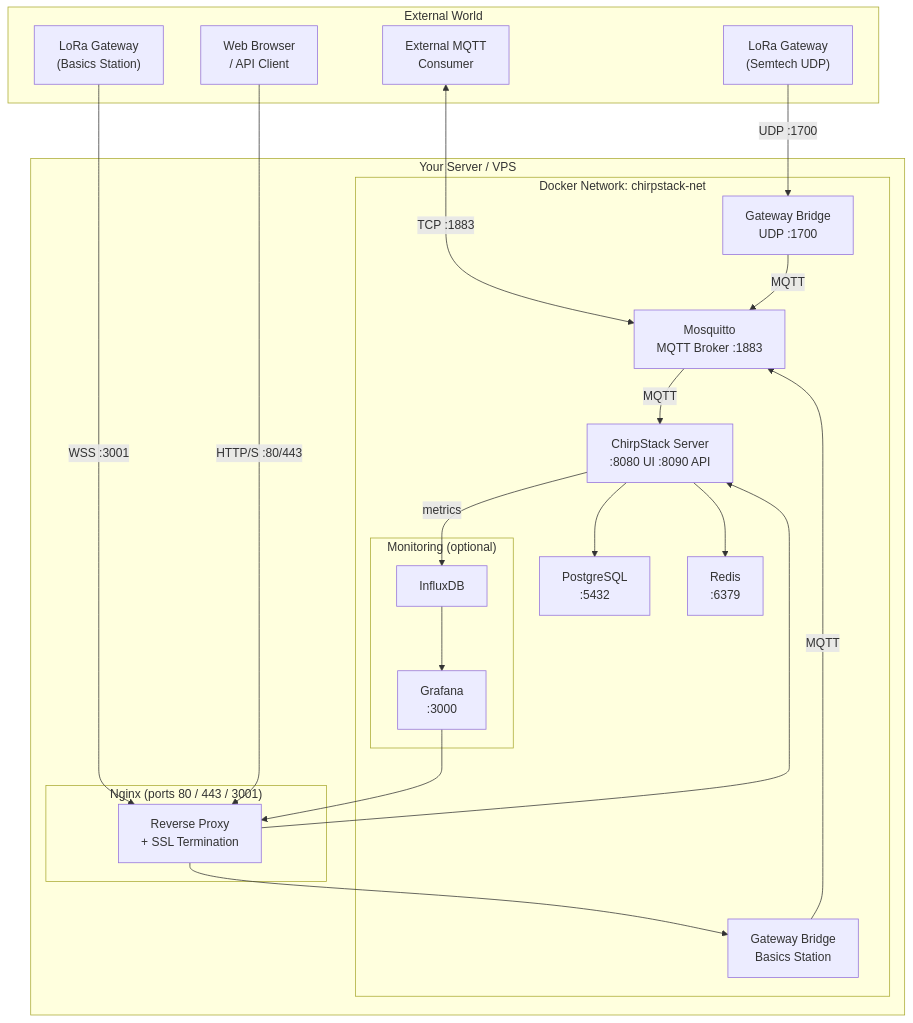
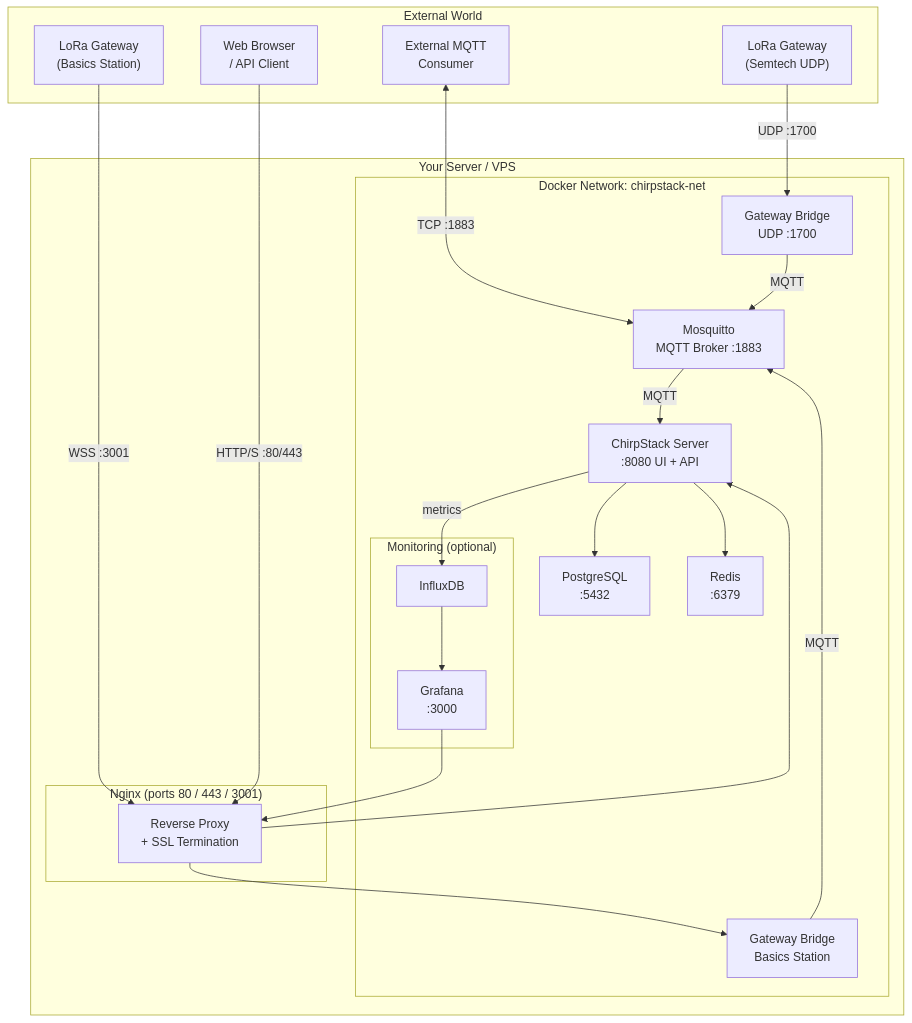
The first of 5 diagrams in README.md (MachineSaver/chirpstack-deploy), drawn with Mermaid before and after one commit. The commit also changed other lines of this file, not shown here.

````diff
--- a/README.md
+++ b/README.md
@@ -39,44 +39,44 @@
 ```mermaid
 graph TB
     subgraph EXTERNAL["External World"]
         GW_UDP["LoRa Gateway\n(Semtech UDP)"]
         GW_BS["LoRa Gateway\n(Basics Station)"]
         BROWSER["Web Browser\n/ API Client"]
         EXT_MQTT["External MQTT\nConsumer"]
     end
 
     subgraph HOST["Your Server / VPS"]
         subgraph NGINX["Nginx (ports 80 / 443 / 3001)"]
             PROXY["Reverse Proxy\n+ SSL Termination"]
         end
 
         subgraph DOCKER["Docker Network: chirpstack-net"]
-            CS["ChirpStack Server\n:8080 UI  :8090 API"]
+            CS["ChirpStack Server\n:8080 UI + API"]
             GB_UDP["Gateway Bridge\nUDP  :1700"]
             GB_BS["Gateway Bridge\nBasics Station"]
             MQ["Mosquitto\nMQTT Broker  :1883"]
             PG["PostgreSQL\n:5432"]
             RD["Redis\n:6379"]
 
             subgraph MONITORING["Monitoring (optional)"]
                 INF["InfluxDB"]
                 GRF["Grafana\n:3000"]
             end
         end
     end
 
     GW_UDP -->|"UDP :1700"| GB_UDP
     GW_BS -->|"WSS :3001"| PROXY --> GB_BS
     BROWSER -->|"HTTP/S :80/443"| PROXY --> CS
     EXT_MQTT <-->|"TCP :1883"| MQ
 
     GB_UDP -->|MQTT| MQ
     GB_BS  -->|MQTT| MQ
     MQ     -->|MQTT| CS
 
     CS --> PG
     CS --> RD
     CS -->|metrics| INF
     INF --> GRF
     GRF --> PROXY
 ```
````
